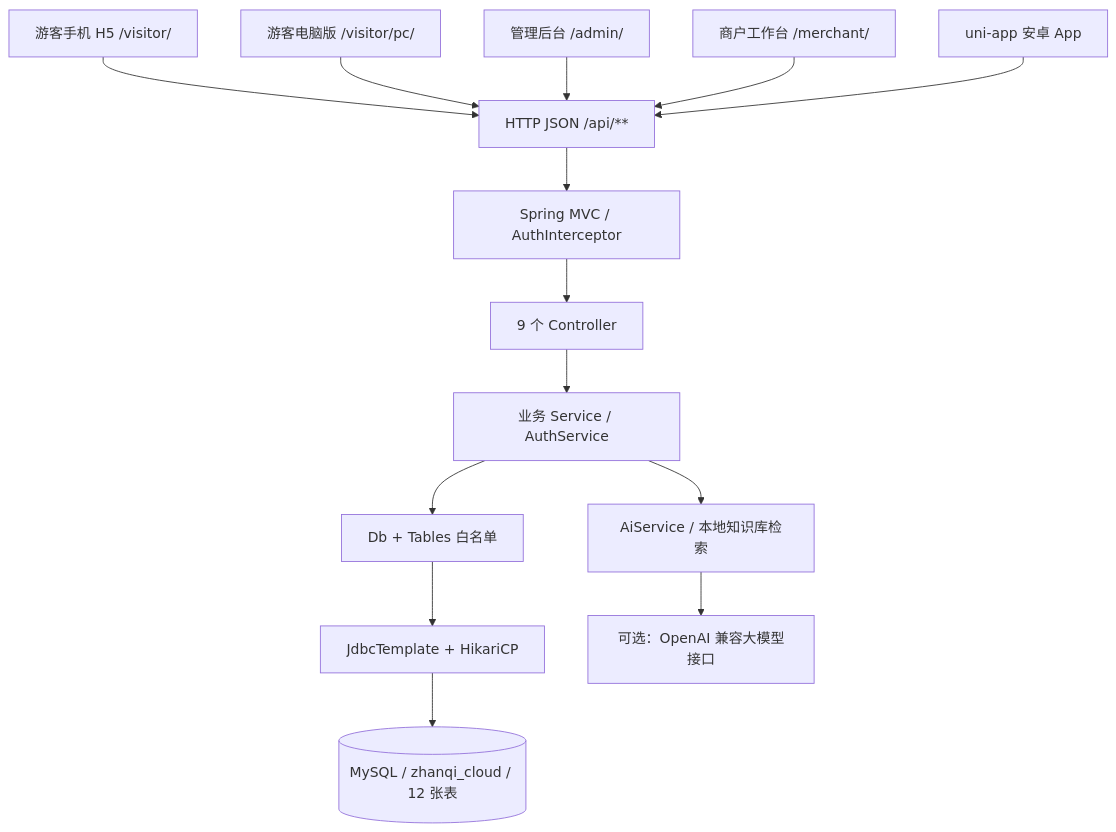
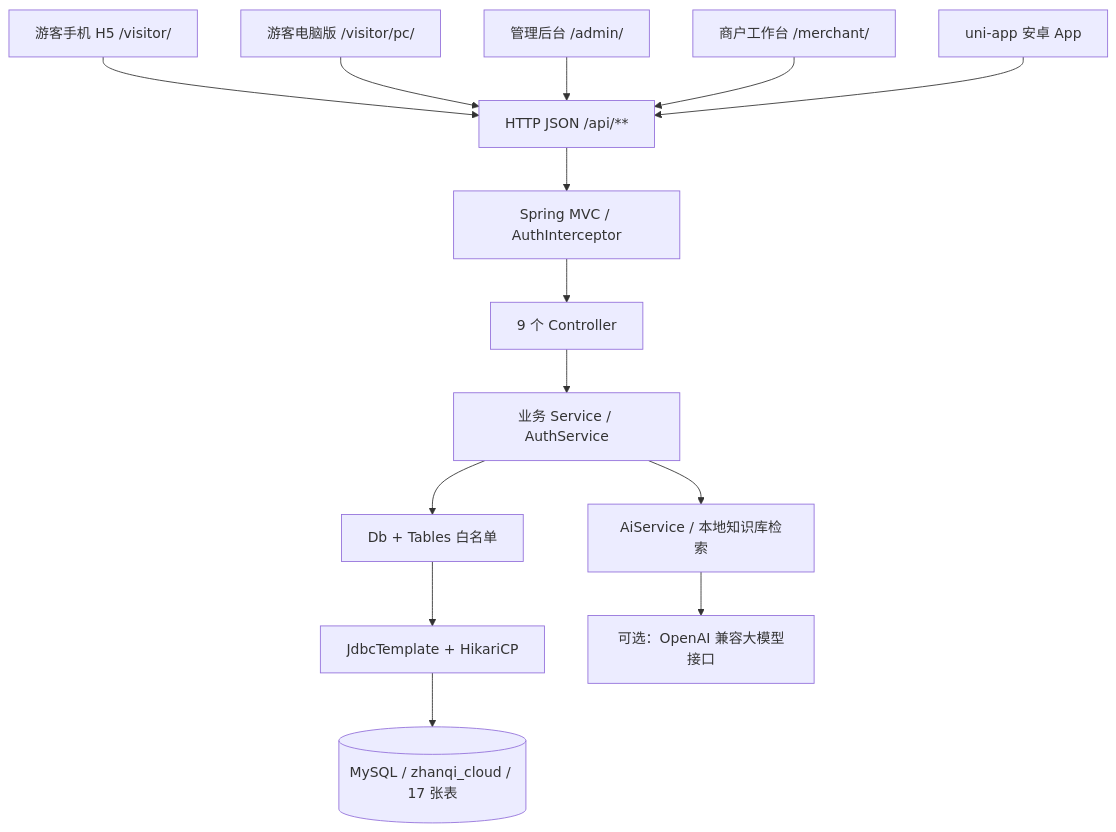
The first of 2 diagrams in README.md (TheSixPasserby/zhanqi-ai-platform), drawn with Mermaid before and after one commit. The commit also changed other lines of this file and 3 other files, not shown here.

````diff
--- a/README.md
+++ b/README.md
@@ -126,16 +126,16 @@
 ```mermaid
 flowchart TD
     H5[游客手机 H5 /visitor/] --> HTTP[HTTP JSON /api/**]
     PC[游客电脑版 /visitor/pc/] --> HTTP
     ADMIN[管理后台 /admin/] --> HTTP
     MERCHANT[商户工作台 /merchant/] --> HTTP
     APP[uni-app 安卓 App] --> HTTP
     HTTP --> MVC[Spring MVC / AuthInterceptor]
     MVC --> C[9 个 Controller]
     C --> S[业务 Service / AuthService]
     S --> DB[Db + Tables 白名单]
     DB --> JDBC[JdbcTemplate + HikariCP]
-    JDBC --> MYSQL[(MySQL / zhanqi_cloud / 12 张表)]
+    JDBC --> MYSQL[(MySQL / zhanqi_cloud / 17 张表)]
     S --> AI[AiService / 本地知识库检索]
     AI --> LLM[可选：OpenAI 兼容大模型接口]
 ```
````
